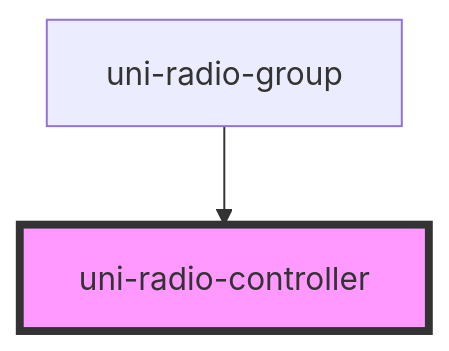
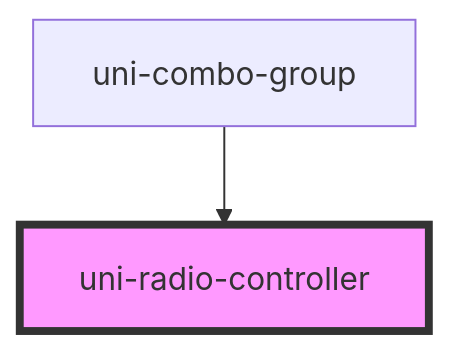
The diagram in core/src/components/forms/uni-radio-controller/readme.md (unicefnz/unicorn), drawn with Mermaid before and after one commit. The commit also changed other lines of this file and 24 other files, not shown here.

Commit message:
Nope! We're back to combo group

````diff
--- a/core/src/components/forms/uni-radio-controller/readme.md
+++ b/core/src/components/forms/uni-radio-controller/readme.md
@@ -29,5 +29,5 @@
 ```mermaid
 graph TD;
-  uni-radio-group --> uni-radio-controller
+  uni-combo-group --> uni-radio-controller
   style uni-radio-controller fill:#f9f,stroke:#333,stroke-width:4px
 ```
````
